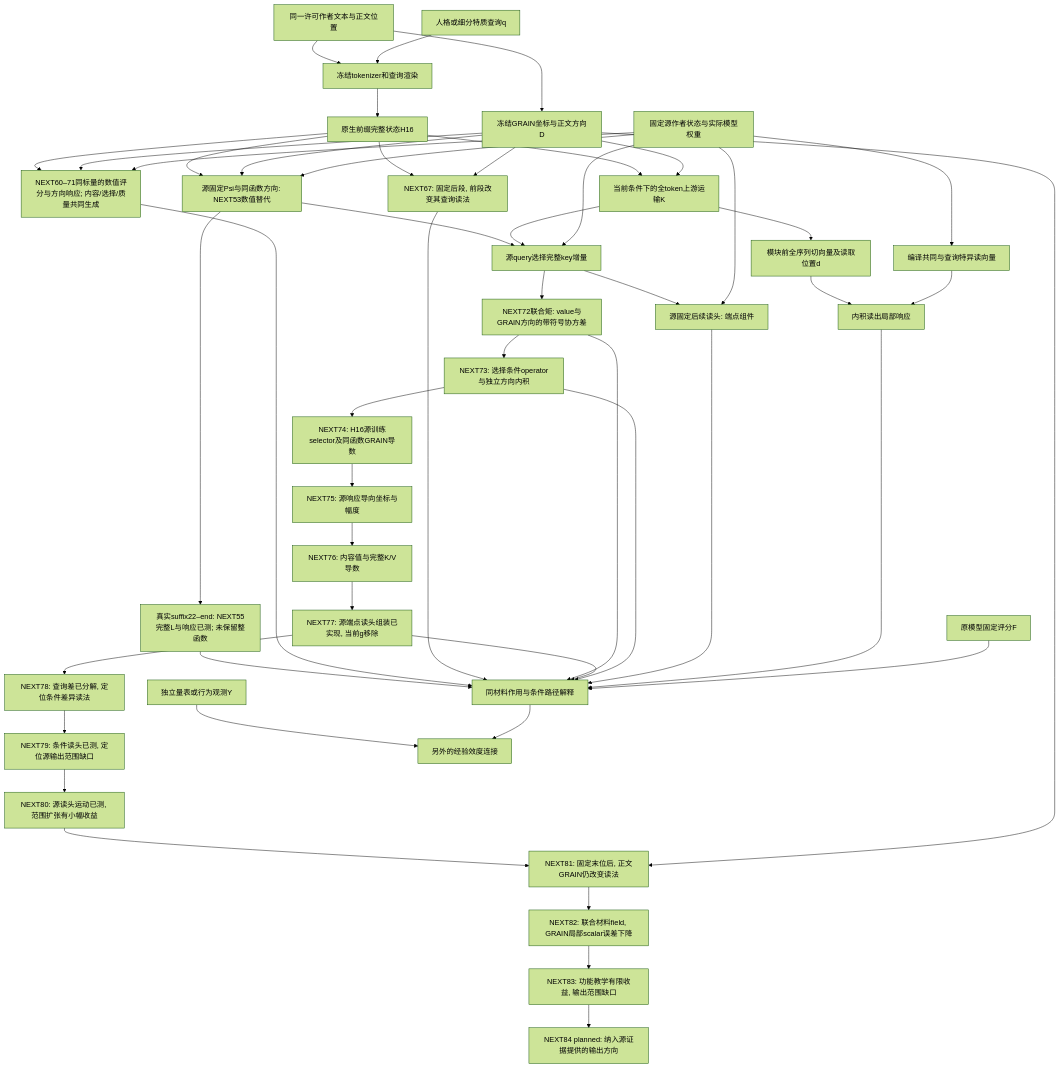
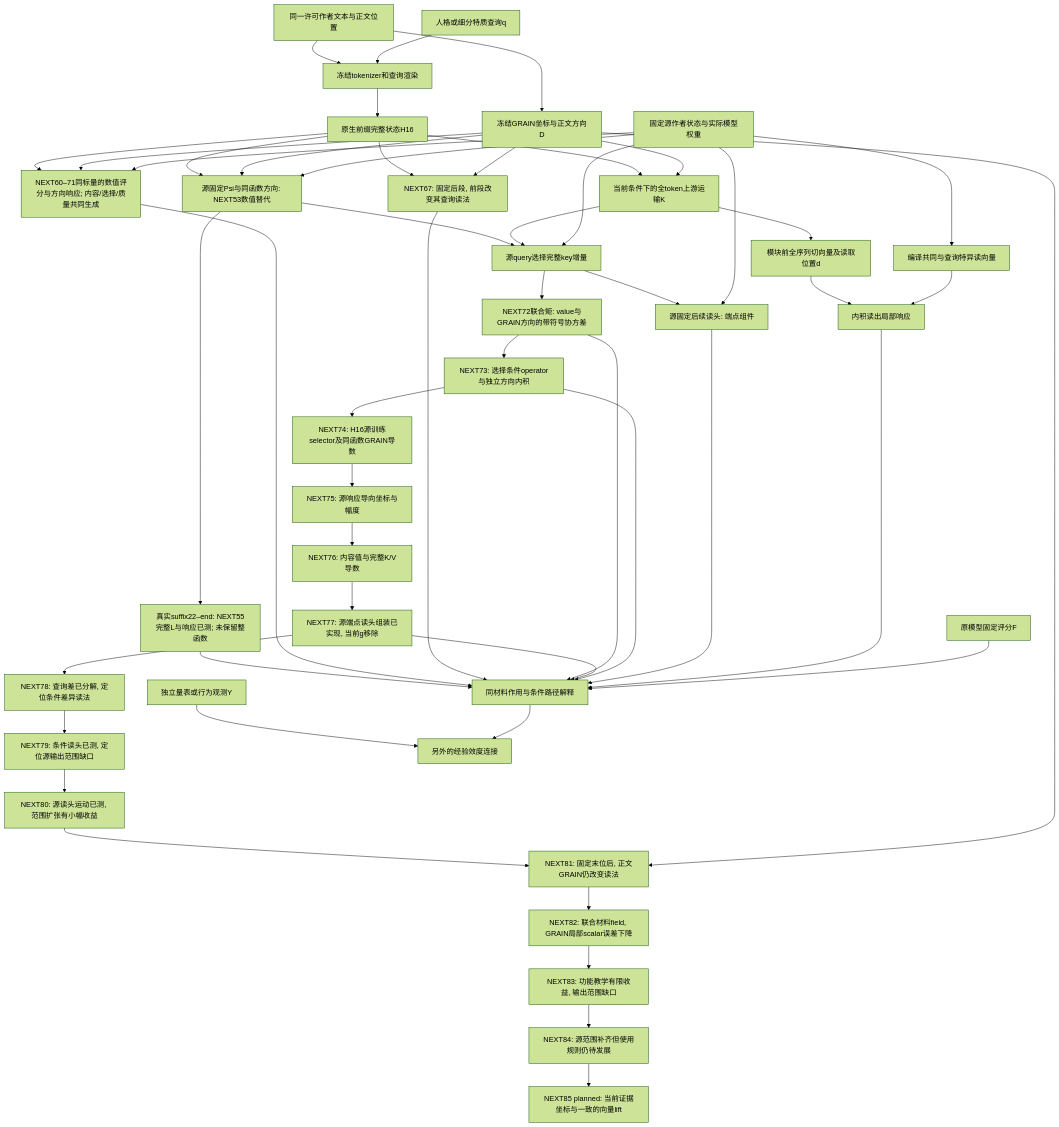
Before and after one commit to reiserhhh/GRAIN: the diagram in docs/GRAIN_UPSTREAM_MECHANISM_INTEGRATION_V1.md, drawn with Mermaid (forest theme). The commit also changed other lines of this file and 22 other files, not shown here.

````diff
--- a/docs/GRAIN_UPSTREAM_MECHANISM_INTEGRATION_V1.md
+++ b/docs/GRAIN_UPSTREAM_MECHANISM_INTEGRATION_V1.md
@@ -8,52 +8,53 @@
 ```mermaid
 flowchart TD
   T[同一许可作者文本与正文位置] --> G[冻结GRAIN坐标与正文方向D]
   T --> R[冻结tokenizer和查询渲染]
   Q[人格或细分特质查询q] --> R
   R --> H[原生前缀完整状态H16]
   H --> K[当前条件下的全token上游运输K]
   H --> P[源固定Psi与同函数方向: NEXT53数值替代]
   G --> P
   S --> P
   P --> U
   P --> W[真实suffix22–end: NEXT55完整L与响应已测; 未保留整函数]
   W --> J
   H --> Z[NEXT60–71同标量的数值评分与方向响应; 内容/选择/质量共同生成]
   G --> Z
   S --> Z
   Z --> J
   H --> I[NEXT67: 固定后段, 前段改变其查询读法]
   G --> I
   I --> J
   G --> K
   K --> D[模块前全序列切向量及读取位置d]
   S[固定源作者状态与实际模型权重] --> V[编译共同与查询特异读向量]
   D --> A[内积读出局部响应]
   V --> A
   K --> U[源query选择完整key增量]
   S --> U
   U --> M[NEXT72联合矩: value与GRAIN方向的带符号协方差]
   M --> J
   M --> O[NEXT73: 选择条件operator与独立方向内积]
   O --> P74[NEXT74: H16源训练selector及同函数GRAIN导数]
   P74 --> P75[NEXT75: 源响应导向坐标与幅度]
   P75 --> P76[NEXT76: 内容值与完整K/V导数]
   P76 --> P77[NEXT77: 源端点读头组装已实现, 当前g移除]
   P77 --> J
   P77 --> P78[NEXT78: 查询差已分解, 定位条件差异读法]
   P78 --> P79[NEXT79: 条件读头已测, 定位源输出范围缺口]
   P79 --> P80[NEXT80: 源读头运动已测, 范围扩张有小幅收益]
   P80 --> P81[NEXT81: 固定末位后, 正文GRAIN仍改变读法]
   G --> P81
   P81 --> P82[NEXT82: 联合材料field, GRAIN局部scalar误差下降]
   P82 --> P83[NEXT83: 功能教学有限收益, 输出范围缺口]
-  P83 --> P84[NEXT84 planned: 纳入源证据提供的输出方向]
+  P83 --> P84[NEXT84: 源范围补齐但使用规则仍待发展]
+  P84 --> P85[NEXT85 planned: 当前证据坐标与一致的向量lift]
   O --> J
   U --> C[源固定后续读头: 端点组件]
   S --> C
   C --> J
   A --> J[同材料作用与条件路径解释]
   F[原模型固定评分F] --> J
   Y[独立量表或行为观测Y] --> E[另外的经验效度连接]
   J --> E
 ```
````
